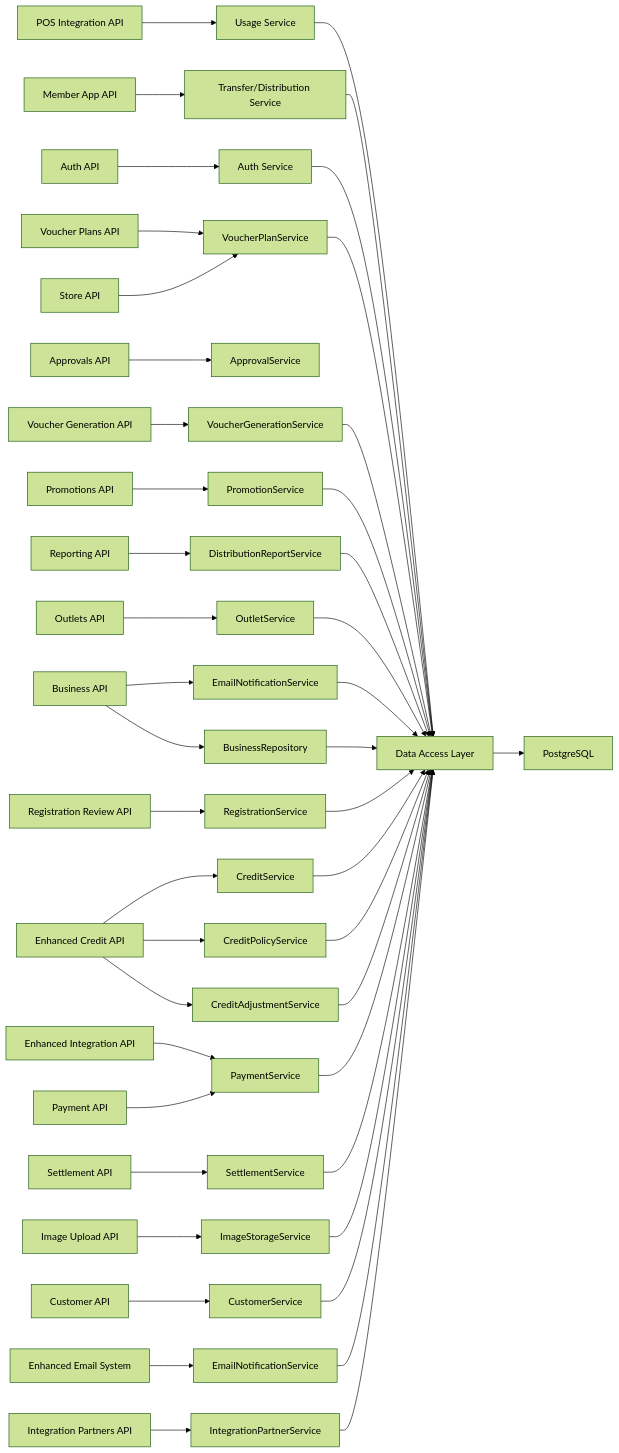
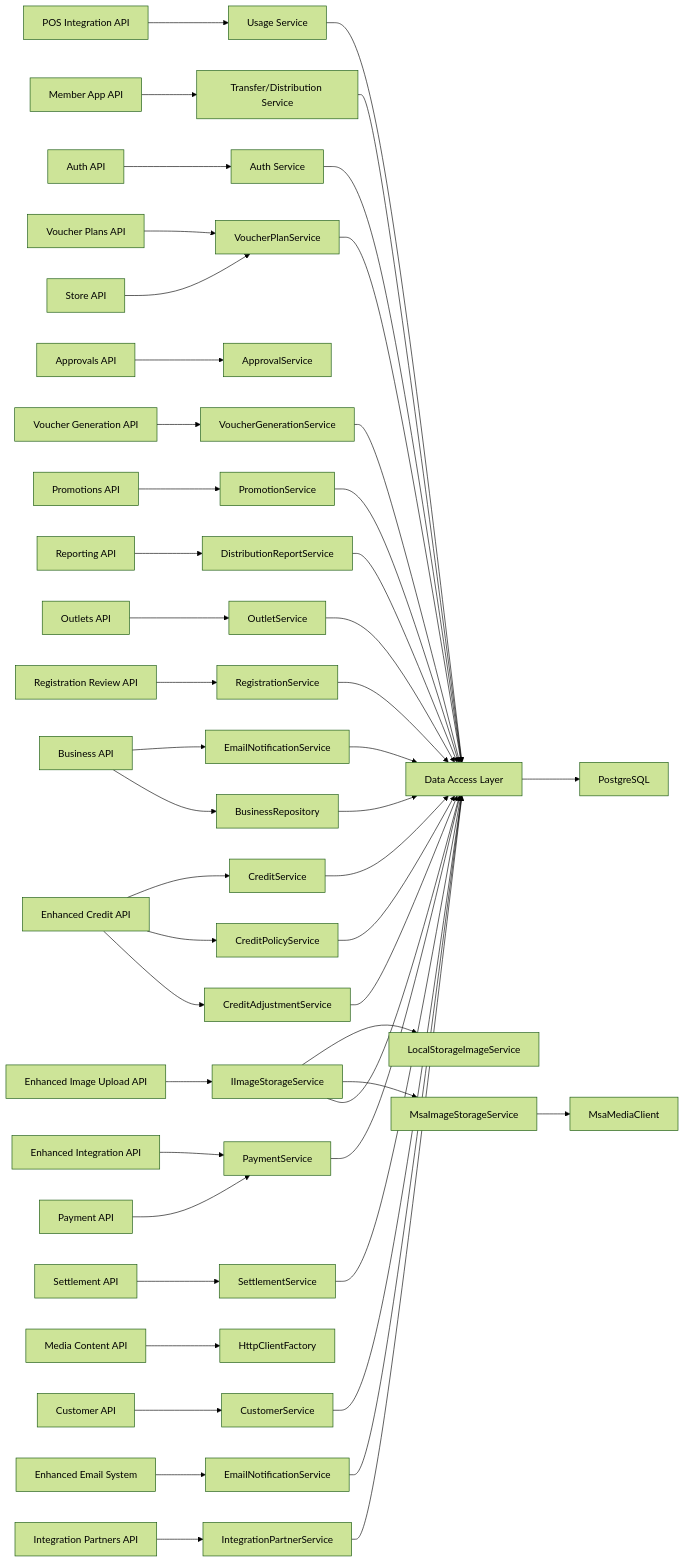
Before and after one commit to lamhongbac/NonCash: the sixth of 6 diagrams in .qoder/repowiki/en/content/API Contracts and Integration/API Contracts and Integration.md, drawn with Mermaid (forest theme). The commit also changed other lines of this file and 57 other files, not shown here.

````diff
--- a/.qoder/repowiki/en/content/API Contracts and Integration/API Contracts and Integration.md
+++ b/.qoder/repowiki/en/content/API Contracts and Integration/API Contracts and Integration.md
@@ -1125,47 +1178,51 @@
 ```mermaid
 graph LR
 POS["POS Integration API"] --> USVC["Usage Service"]
 MEM["Member App API"] --> TSVC["Transfer/Distribution Service"]
 AUTH["Auth API"] --> ASVC["Auth Service"]
 BUSINESS["Enhanced Business API"] --> ENSVC["EmailNotificationService"]
 PLANS["Voucher Plans API"] --> PSVC["VoucherPlanService"]
 APPROVALS["Approvals API"] --> ASVC2["ApprovalService"]
 GEN["Voucher Generation API"] --> GENSVC["VoucherGenerationService"]
 PROMO["Promotions API"] --> PROMOSVC["PromotionService"]
 REPORTS["Reporting API"] --> RSVC["DistributionReportService"]
 STORE["Store API"] --> PSVC
 OUTLETS["Outlets API"] --> OSVC["OutletService"]
 REG["Registration Review API"] --> RSVC2["RegistrationService"]
 CREDITS["Enhanced Credit API"] --> CSVC["CreditService"]
 CREDITS --> CPSVC["CreditPolicyService"]
 CREDITS --> CASVC["CreditAdjustmentService"]
 INTEGRATION["Enhanced Integration API"] --> PSVC2["PromotionService"]
 SETTLEMENT["Settlement API"] --> SSVC["SettlementService"]
 PAYMENTS["Payment API"] --> PSVC2["PaymentService"]
-UPLOAD["Image Upload API"] --> ISVC["ImageStorageService"]
+UPLOAD["Enhanced Image Upload API"] --> ISSVC["IImageStorageService"]
+ISSVC --> LSSVC["LocalStorageImageService"]
+ISSVC --> MSSVC["MsaImageStorageService"]
+MSSVC --> MMSC["MsaMediaClient"]
+MEDIA["Media Content API"] --> HCF["HttpClientFactory"]
 BUSINESS["Business API"] --> BR["BusinessRepository"]
 CUSTOMERS["Customer API"] --> CSVC2["CustomerService"]
 EMAIL["Enhanced Email System"] --> ENSVC2["EmailNotificationService"]
 IPARTNERS["Integration Partners API"] --> IPSVC["IntegrationPartnerService"]
 USVC --> DAL["Data Access Layer"]
 TSVC --> DAL
 ASVC --> DAL
 ENSVC --> DAL
 PSVC --> DAL
 GENSVC --> DAL
 PROMOSVC --> DAL
 RSVC --> DAL
 OSVC --> DAL
 RSVC2 --> DAL
 CSVC --> DAL
 CPSVC --> DAL
 CASVC --> DAL
 PSVC2 --> DAL
 SSVC --> DAL
-ISVC --> DAL
+ISSVC --> DAL
 BR --> DAL
 CSVC2 --> DAL
 ENSVC2 --> DAL
 IPSVC --> DAL
 DAL --> DB["PostgreSQL"]
 ```
````
